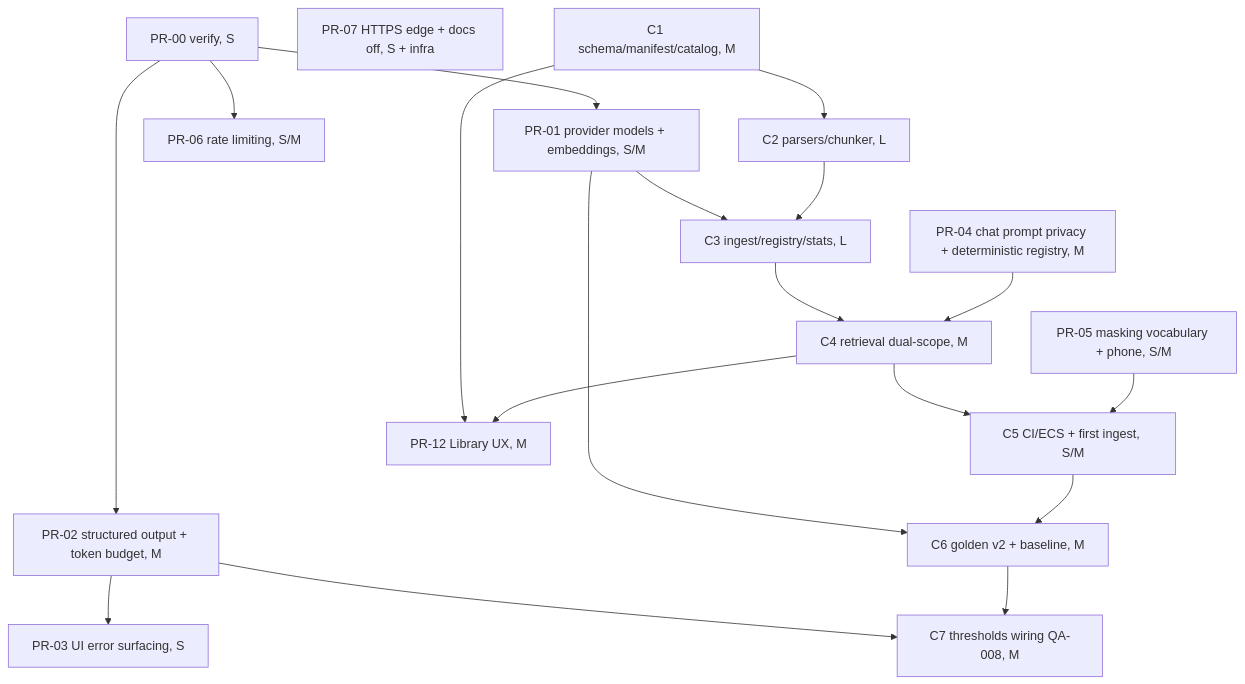
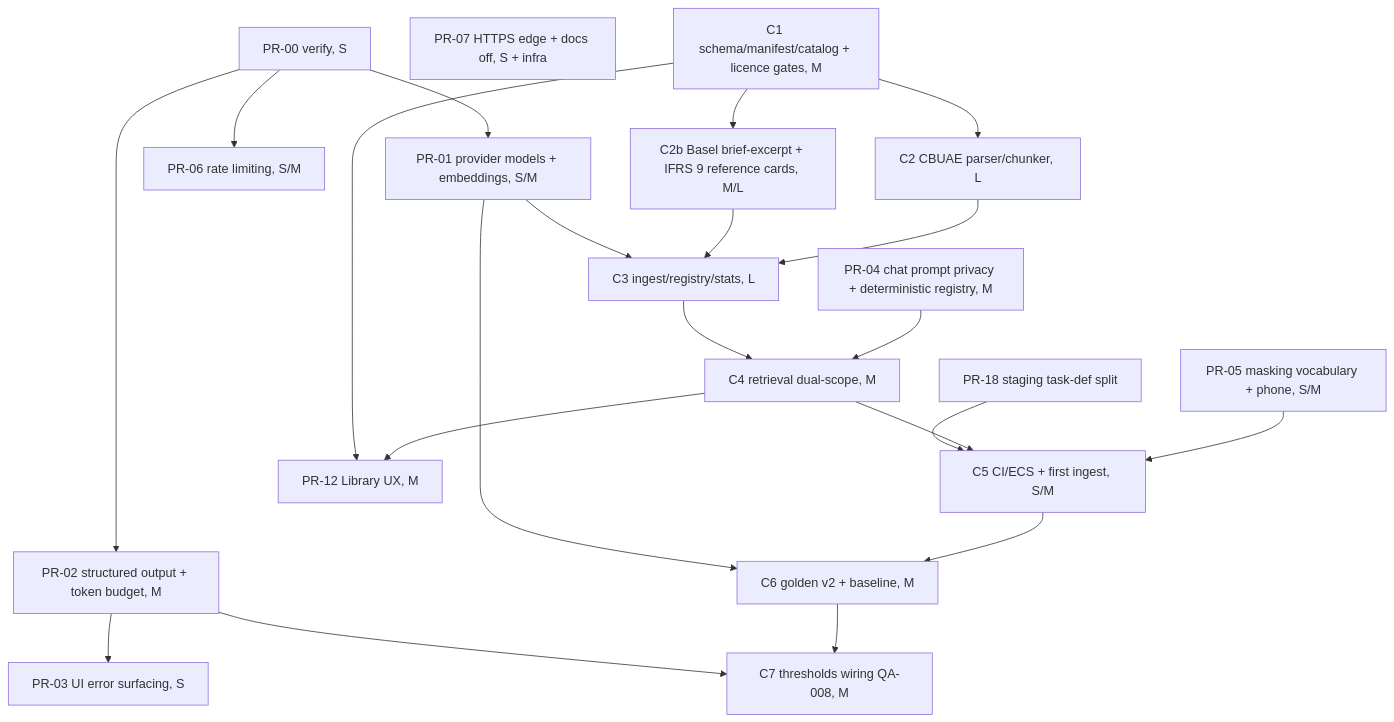
Before and after one commit to Shakti8125/creditAudit: the diagram in docs/qa/remediation-plan-2026-09-30.md, drawn with Mermaid. The commit also changed other lines of this file and 4 other files, not shown here.

````diff
--- a/docs/qa/remediation-plan-2026-09-30.md
+++ b/docs/qa/remediation-plan-2026-09-30.md
@@ -96,16 +119,18 @@
 ```mermaid
 flowchart TD
   PR00[PR-00 verify, S] --> PR01[PR-01 provider models + embeddings, S/M]
   PR00 --> PR02[PR-02 structured output + token budget, M]
   PR00 --> PR06[PR-06 rate limiting, S/M]
   PR02 --> PR03[PR-03 UI error surfacing, S]
   PR04[PR-04 chat prompt privacy + deterministic registry, M] --> C4
   PR05[PR-05 masking vocabulary + phone, S/M] --> C5
   PR07[PR-07 HTTPS edge + docs off, S + infra]
-  C1[C1 schema/manifest/catalog, M] --> C2[C2 parsers/chunker, L] --> C3[C3 ingest/registry/stats, L] --> C4[C4 retrieval dual-scope, M] --> C5[C5 CI/ECS + first ingest, S/M] --> C6[C6 golden v2 + baseline, M] --> C7[C7 thresholds wiring QA-008, M]
+  C1[C1 schema/manifest/catalog + licence gates, M] --> C2[C2 CBUAE parser/chunker, L] --> C3[C3 ingest/registry/stats, L] --> C4[C4 retrieval dual-scope, M] --> C5[C5 CI/ECS + first ingest, S/M] --> C6[C6 golden v2 + baseline, M] --> C7[C7 thresholds wiring QA-008, M]
+  C1 --> C2b[C2b Basel brief-excerpt + IFRS 9 reference cards, M/L] --> C3
+  PR18[PR-18 staging task-def split] --> C5
   PR01 --> C3
   PR01 --> C6
   PR02 --> C7
   C4 --> PR12[PR-12 Library UX, M]
   C1 --> PR12
 ```
````
